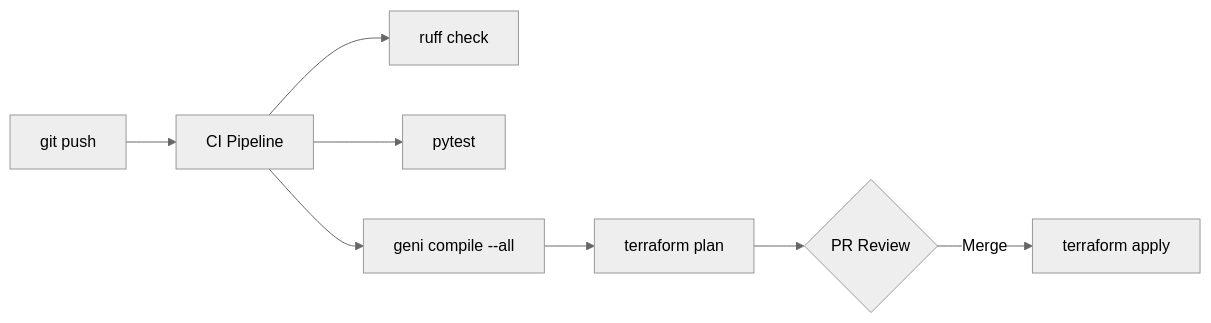
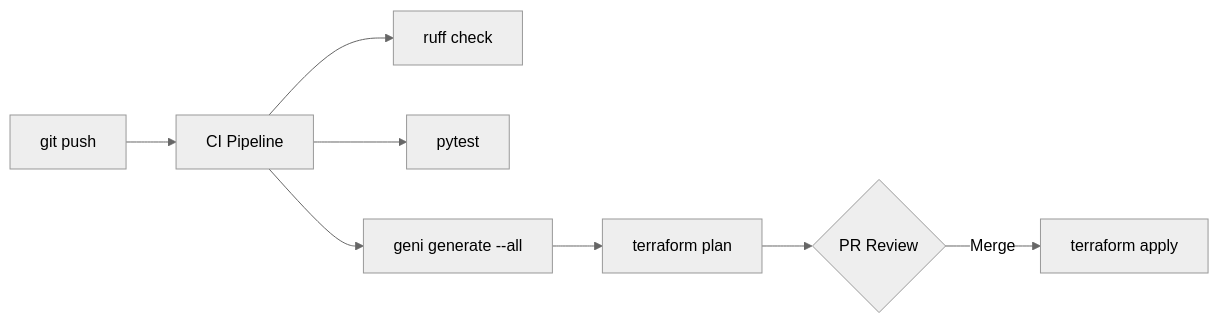
Diagram 13 of 16 in ARCHITECTURE.md (AgathEmmanuel/geni), drawn with Mermaid (neutral theme) before and after one commit. The commit also changed other lines of this file and 46 other files, not shown here.

````diff
--- a/ARCHITECTURE.md
+++ b/ARCHITECTURE.md
@@ -411,10 +453,10 @@
 ```mermaid
 flowchart LR
     Push["git push"] --> CI["CI Pipeline"]
     CI --> Lint["ruff check"]
     CI --> Test["pytest"]
-    CI --> Compile["geni compile --all"]
-    Compile --> Plan["terraform plan"]
+    CI --> Generate["geni generate --all"]
+    Generate --> Plan["terraform plan"]
     Plan --> Approve{PR Review}
     Approve -->|Merge| Apply["terraform apply"]
 ```
````
